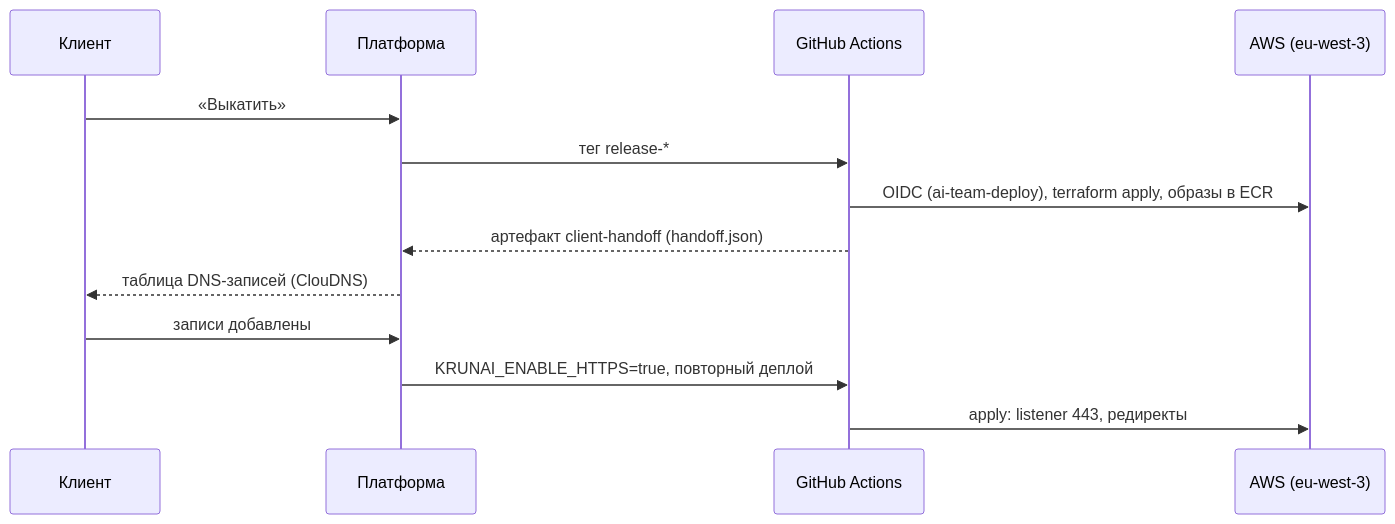
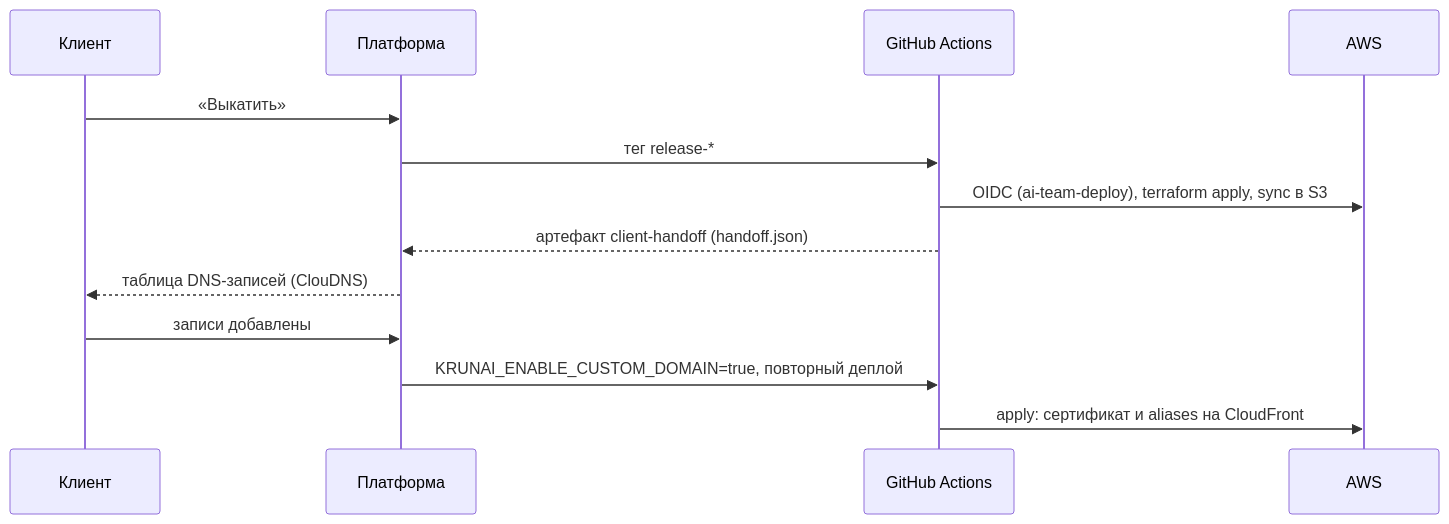
One commit to emustapaev/test1 changed the fourth of 4 diagrams in docs/architecture.md. Above: the diagram before and after it, drawn with Mermaid. The commit also changed other lines of this file and 5 other files, not shown here.

First line of the commit message:
ADR 0007 и architecture.md: serverless-архитектура v5, контракт POST /contact (#131)

````diff
--- a/docs/architecture.md
+++ b/docs/architecture.md
@@ -238,15 +221,15 @@
 ```mermaid
 sequenceDiagram
     participant C as Клиент
     participant P as Платформа
     participant G as GitHub Actions
-    participant AWS as AWS (eu-west-3)
+    participant AWS as AWS
     C->>P: «Выкатить»
     P->>G: тег release-*
-    G->>AWS: OIDC (ai-team-deploy), terraform apply, образы в ECR
+    G->>AWS: OIDC (ai-team-deploy), terraform apply, sync в S3
     G-->>P: артефакт client-handoff (handoff.json)
     P-->>C: таблица DNS-записей (ClouDNS)
     C->>P: записи добавлены
-    P->>G: KRUNAI_ENABLE_HTTPS=true, повторный деплой
-    G->>AWS: apply: listener 443, редиректы
+    P->>G: KRUNAI_ENABLE_CUSTOM_DOMAIN=true, повторный деплой
+    G->>AWS: apply: сертификат и aliases на CloudFront
 ```
````
